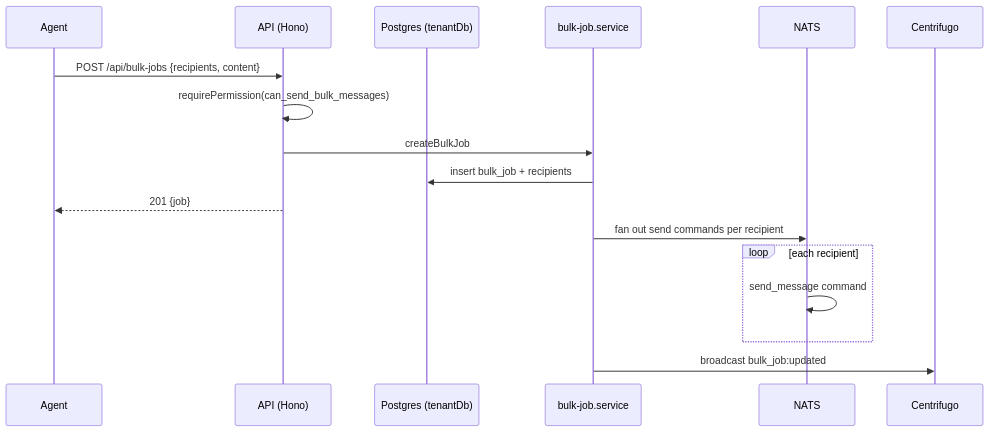
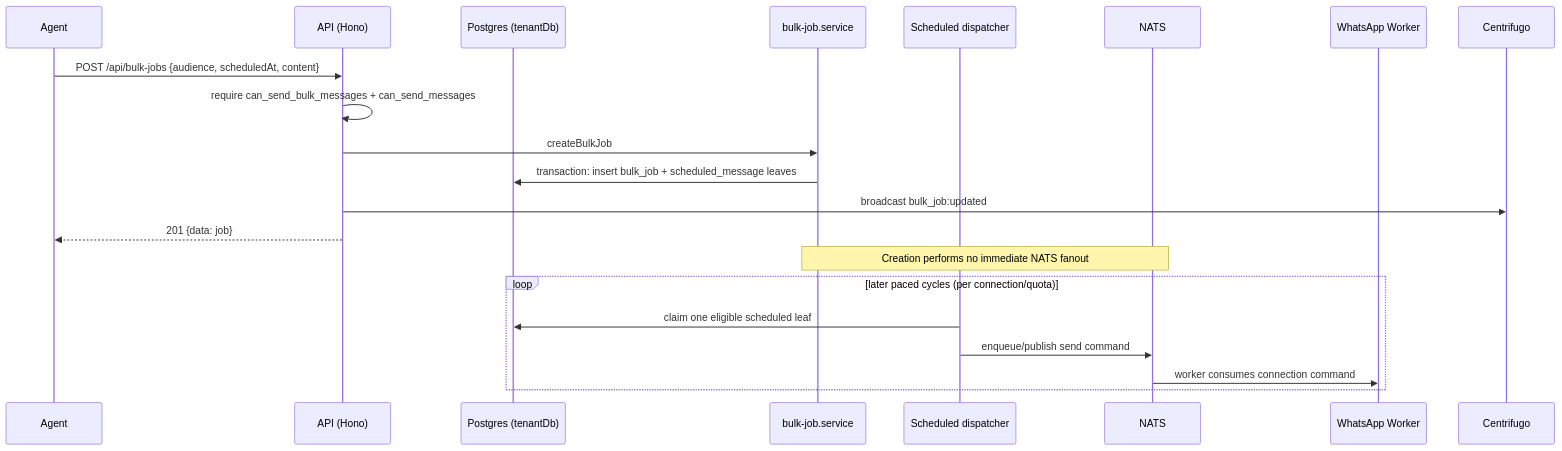
Before and after one commit to ygncode/wateaminbox: the diagram in docs/apis/bulk-jobs.md, drawn with Mermaid. The commit also changed other lines of this file and 27 other files, not shown here.

````diff
--- a/docs/apis/bulk-jobs.md
+++ b/docs/apis/bulk-jobs.md
@@ -25,19 +25,23 @@
 ```mermaid
 sequenceDiagram
     participant U as Agent
     participant A as API (Hono)
     participant D as Postgres (tenantDb)
     participant S as bulk-job.service
+    participant P as Scheduled dispatcher
     participant N as NATS
+    participant W as WhatsApp Worker
     participant R as Centrifugo
-    U->>A: POST /api/bulk-jobs {recipients, content}
-    A->>A: requirePermission(can_send_bulk_messages)
+    U->>A: POST /api/bulk-jobs {audience, scheduledAt, content}
+    A->>A: require can_send_bulk_messages + can_send_messages
     A->>S: createBulkJob
-    S->>D: insert bulk_job + recipients
-    A-->>U: 201 {job}
-    S->>N: fan out send commands per recipient
-    loop each recipient
-        N->>N: send_message command
+    S->>D: transaction: insert bulk_job + scheduled_message leaves
+    A->>R: broadcast bulk_job:updated
+    A-->>U: 201 {data: job}
+    Note over S,N: Creation performs no immediate NATS fanout
+    loop later paced cycles (per connection/quota)
+        P->>D: claim one eligible scheduled leaf
+        P->>N: enqueue/publish send command
+        N->>W: worker consumes connection command
     end
-    S->>R: broadcast bulk_job:updated
 ```
````
